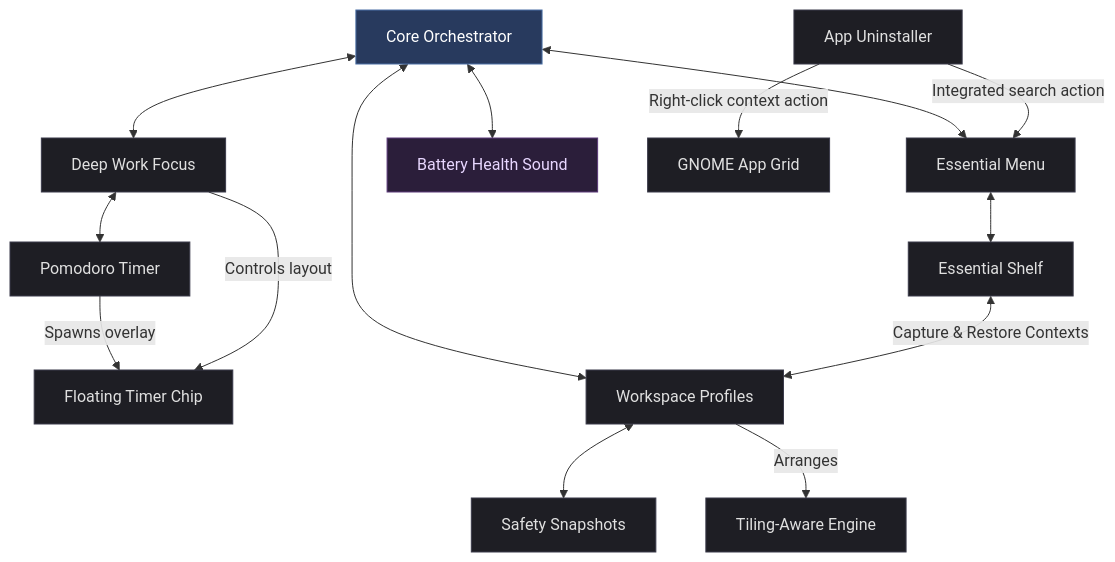
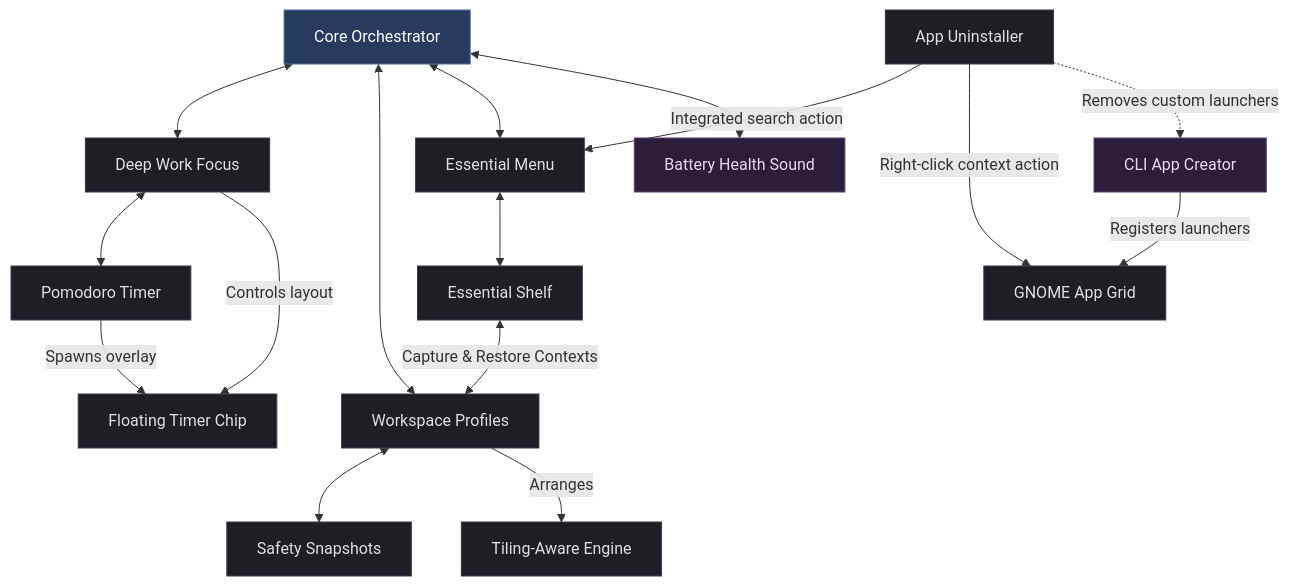
One commit to ritesh-777/gnome-essentials changed the diagram in README.md. Above: the diagram before and after it, drawn with Mermaid. The commit also changed other lines of this file and 1 other file, not shown here.

Commit message:
feat: implement CLI Application Creator with preferred shell, editing support, and dynamic icon theme resolution

````diff
--- a/README.md
+++ b/README.md
@@ -26,50 +26,55 @@
 ```mermaid
 graph TD
     classDef default fill:#1e1e24,stroke:#3a3a4a,color:#e0e0e0,stroke-width:1px;
     classDef highlight fill:#283a5e,stroke:#4a6fa5,color:#ffffff,stroke-width:1px;
     classDef utility fill:#2b1e3a,stroke:#5c3a7a,color:#e8d7ff,stroke-width:1px;
 
     %% Modules
     Orchestrator[Core Orchestrator]:::highlight
     
     %% Focus Subsystem
     DeepWork[Deep Work Focus]
     Pomodoro[Pomodoro Timer]
     FloatingChip[Floating Timer Chip]
     
     %% Session Subsystem
     Profiles[Workspace Profiles]
     SafetySnap[Safety Snapshots]
     Tiling[Tiling-Aware Engine]
     
     %% Launcher/Shelf Subsystem
     Launcher[Essential Menu]
     Shelf[Essential Shelf]
     Uninstaller[App Uninstaller]
+    CliCreator[CLI App Creator]:::utility
     
     %% Ambient Subsystem
     Battery[Battery Health Sound]:::utility
 
     %% Orchestration Paths
     Orchestrator <--> DeepWork
     Orchestrator <--> Profiles
     Orchestrator <--> Launcher
     Orchestrator <--> Battery
 
     %% Focus Flow
     DeepWork <--> Pomodoro
     Pomodoro -->|Spawns overlay| FloatingChip
     DeepWork -->|Controls layout| FloatingChip
     
     %% Session Flow
     Profiles <--> SafetySnap
     Profiles -->|Arranges| Tiling
 
     %% Menu & Action Flow
     Launcher <--> Shelf
     Uninstaller -->|Integrated search action| Launcher
     Uninstaller -->|Right-click context action| AppGrid[GNOME App Grid]
     
+    %% CLI Creator Flow
+    CliCreator -->|Registers launchers| AppGrid
+    Uninstaller -.->|Removes custom launchers| CliCreator
+    
     %% Cross-System Bridges
     Shelf <-->|Capture & Restore Contexts| Profiles
 ```
````
